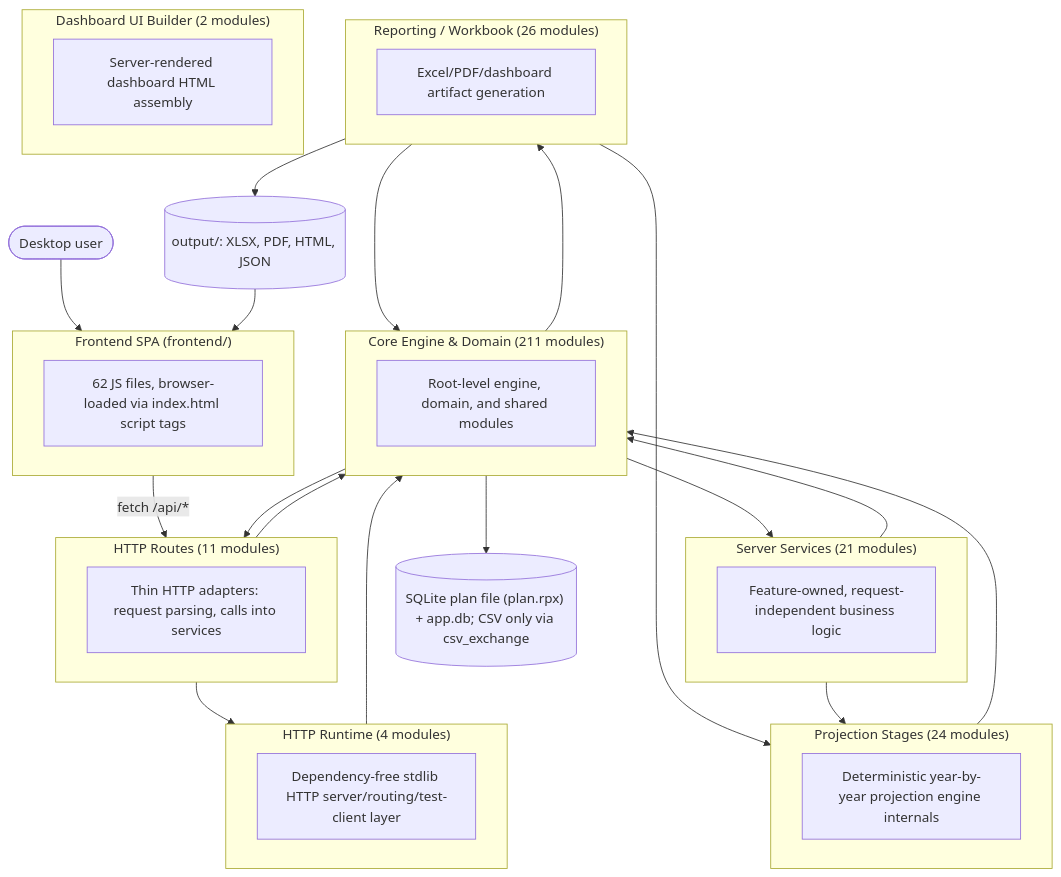
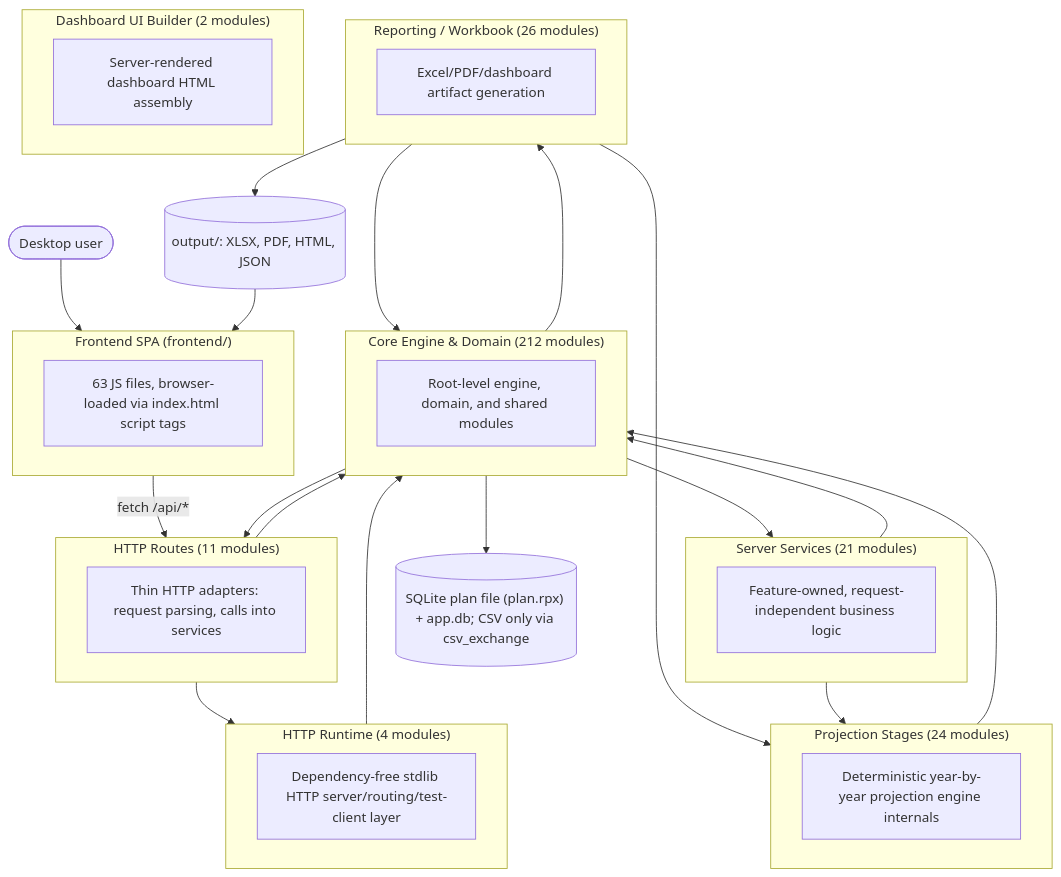
One commit to matthartzman/retirement_system changed the first of 2 diagrams in documentation/reference/SYSTEM_ARCHITECTURE_DIAGRAM.md. Above: the diagram before and after it, drawn with Mermaid. The commit also changed other lines of this file and 15 other files, not shown here.

````diff
--- a/documentation/reference/SYSTEM_ARCHITECTURE_DIAGRAM.md
+++ b/documentation/reference/SYSTEM_ARCHITECTURE_DIAGRAM.md
@@ -11,43 +11,43 @@
 ```mermaid
 flowchart TB
     User(["Desktop user"]) --> FE
     subgraph FE["Frontend SPA (frontend/)"]
-        FEcount["62 JS files, browser-loaded via index.html script tags"]
+        FEcount["63 JS files, browser-loaded via index.html script tags"]
     end
     FE -->|fetch /api/*| L_HTTP_Routes
     subgraph L_HTTP_Routes["HTTP Routes (11 modules)"]
         L_HTTP_Routes_d["Thin HTTP adapters: request parsing, calls into services"]
     end
     subgraph L_Server_Services["Server Services (21 modules)"]
         L_Server_Services_d["Feature-owned, request-independent business logic"]
     end
     subgraph L_HTTP_Runtime["HTTP Runtime (4 modules)"]
         L_HTTP_Runtime_d["Dependency-free stdlib HTTP server/routing/test-client layer"]
     end
-    subgraph L_Core_Engine___Domain["Core Engine & Domain (211 modules)"]
+    subgraph L_Core_Engine___Domain["Core Engine & Domain (212 modules)"]
         L_Core_Engine___Domain_d["Root-level engine, domain, and shared modules"]
     end
     subgraph L_Projection_Stages["Projection Stages (24 modules)"]
         L_Projection_Stages_d["Deterministic year-by-year projection engine internals"]
     end
     subgraph L_Reporting___Workbook["Reporting / Workbook (26 modules)"]
         L_Reporting___Workbook_d["Excel/PDF/dashboard artifact generation"]
     end
     subgraph L_Dashboard_UI_Builder["Dashboard UI Builder (2 modules)"]
         L_Dashboard_UI_Builder_d["Server-rendered dashboard HTML assembly"]
     end
     L_Core_Engine___Domain --> L_HTTP_Routes
     L_Core_Engine___Domain --> L_Reporting___Workbook
     L_Core_Engine___Domain --> L_Server_Services
     L_HTTP_Routes --> L_Core_Engine___Domain
     L_HTTP_Routes --> L_HTTP_Runtime
     L_HTTP_Runtime --> L_Core_Engine___Domain
     L_Projection_Stages --> L_Core_Engine___Domain
     L_Reporting___Workbook --> L_Core_Engine___Domain
     L_Reporting___Workbook --> L_Projection_Stages
     L_Server_Services --> L_Core_Engine___Domain
     L_Server_Services --> L_Projection_Stages
     L_Core_Engine___Domain --> DB[("SQLite plan file (plan.rpx) + app.db; CSV only via csv_exchange")]
     L_Reporting___Workbook --> Outputs[("output/: XLSX, PDF, HTML, JSON")]
     Outputs --> FE
 ```
````
